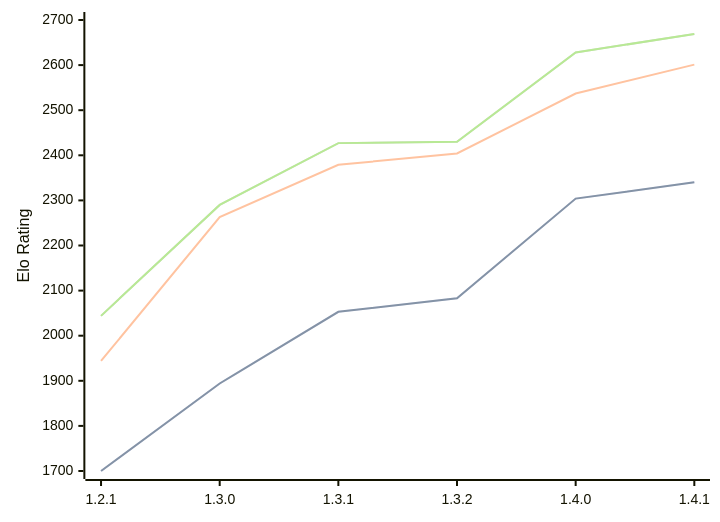
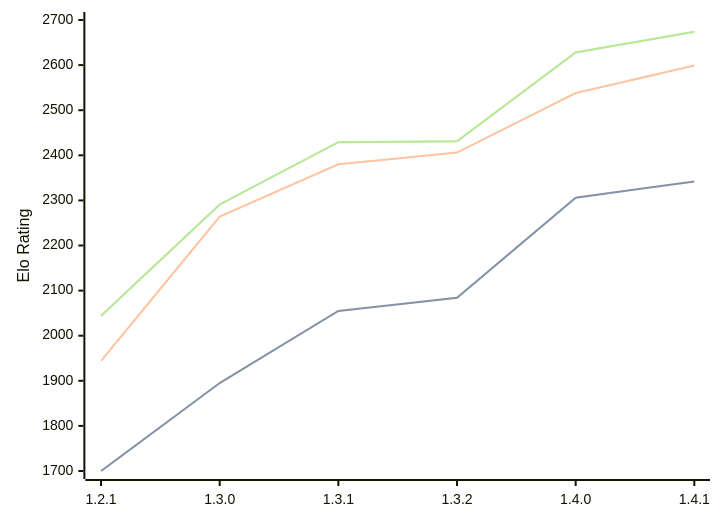
One commit to computer-chess-index/cci changed the diagram in engines/Chal.md. Above: the diagram before and after it, drawn with Mermaid. The commit also changed other lines of this file, not shown here.

Commit message:
Update CCI Ratings (ELO VLTC) - 2026-05-01

````diff
--- a/engines/Chal.md
+++ b/engines/Chal.md
@@ -39,11 +39,11 @@
 ```mermaid
 %%{init: {"theme":"base","themeVariables":{"seriesColors:['#a3a3a3','#222221','#faa371']}}}%%
 xychart-beta
   x-axis ["1.2.1", "1.3.0", "1.3.1", "1.3.2", "1.4.0", "1.4.1"]
   y-axis "Elo Rating" 1700 --> 2700
-  line "STC (8.0+0.08s)" [1700, 1894, 2053, 2083, 2304, 2340]
-  line "STC (8.0+0.08s)" [1700, 1894, 2053, 2083, 2304, 2340]
-  line "LTC (60.0+0.60s)" [1944, 2263, 2379, 2404, 2537, 2601]
-  line "VLTC (2m24s+1.12s)" [2044, 2290, 2427, 2430, 2628, 2669]
-  line "VLTC (2m24s+1.12s)" [2044, 2290, 2427, 2430, 2628, 2669]
+  line "STC (8.0+0.08s)" [1700, 1895, 2055, 2084, 2306, 2342]
+  line "STC (8.0+0.08s)" [1700, 1895, 2055, 2084, 2306, 2342]
+  line "LTC (60.0+0.60s)" [1944, 2264, 2380, 2406, 2538, 2599]
+  line "VLTC (2m24s+1.12s)" [2044, 2291, 2429, 2431, 2628, 2674]
+  line "VLTC (2m24s+1.12s)" [2044, 2291, 2429, 2431, 2628, 2674]
 ```
````
